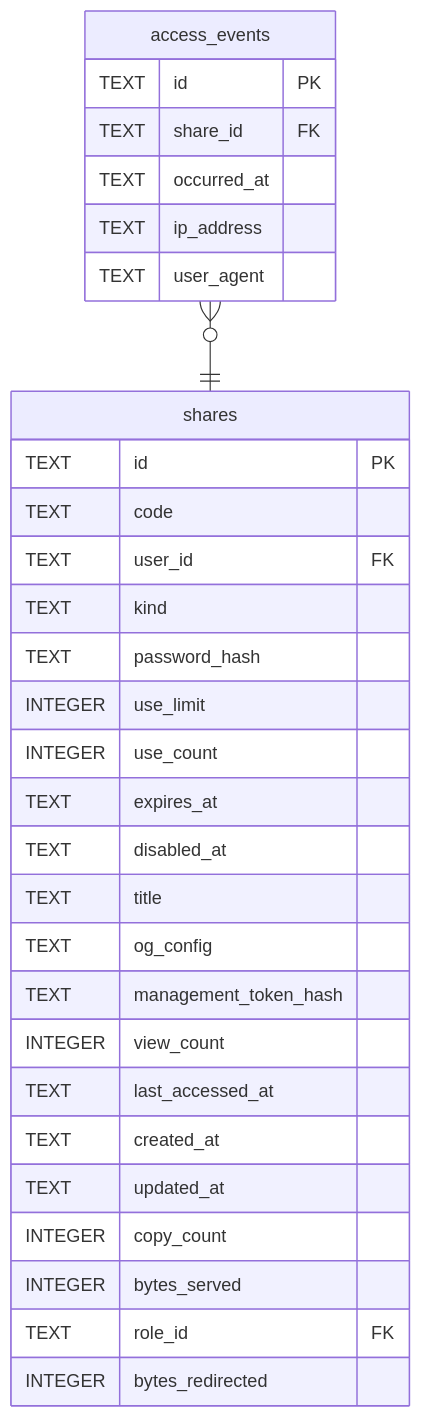
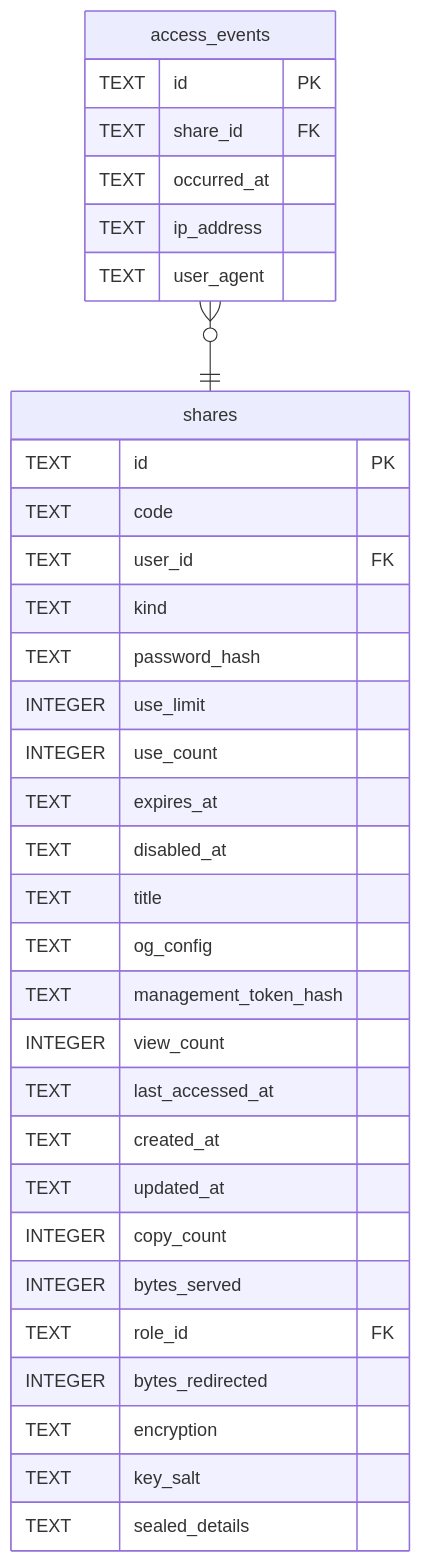
One commit to Limatura/tessera changed the diagram in docs/schema/access_events.md. Above: the diagram before and after it, drawn with Mermaid. The commit also changed 38 other files, not shown here.

````diff
--- a/docs/schema/access_events.md
+++ b/docs/schema/access_events.md
@@ -51,35 +51,38 @@
 ```mermaid
 erDiagram
 
 "access_events" }o--|| "shares" : ""
 
 "access_events" {
   TEXT id PK
   TEXT share_id FK
   TEXT occurred_at
   TEXT ip_address
   TEXT user_agent
 }
 "shares" {
   TEXT id PK
   TEXT code
   TEXT user_id FK
   TEXT kind
   TEXT password_hash
   INTEGER use_limit
   INTEGER use_count
   TEXT expires_at
   TEXT disabled_at
   TEXT title
   TEXT og_config
   TEXT management_token_hash
   INTEGER view_count
   TEXT last_accessed_at
   TEXT created_at
   TEXT updated_at
   INTEGER copy_count
   INTEGER bytes_served
   TEXT role_id FK
   INTEGER bytes_redirected
+  TEXT encryption
+  TEXT key_salt
+  TEXT sealed_details
 }
 ```
````
